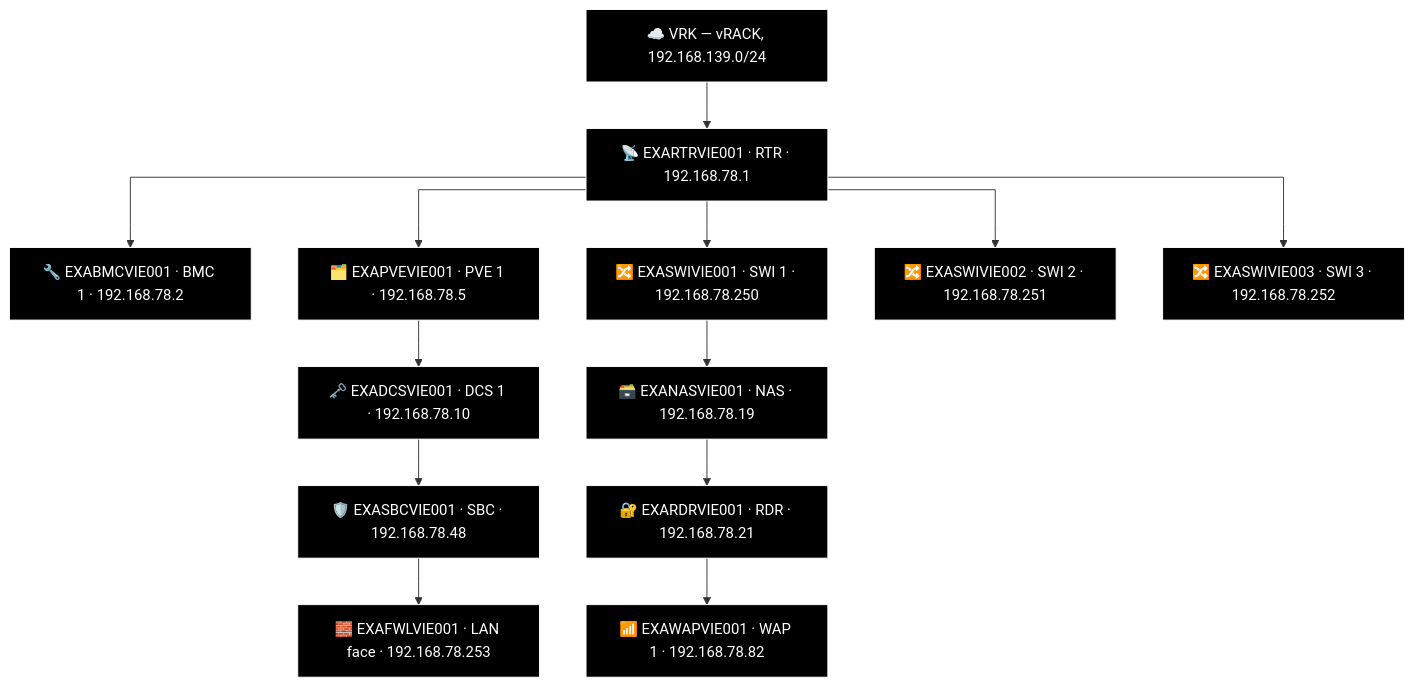
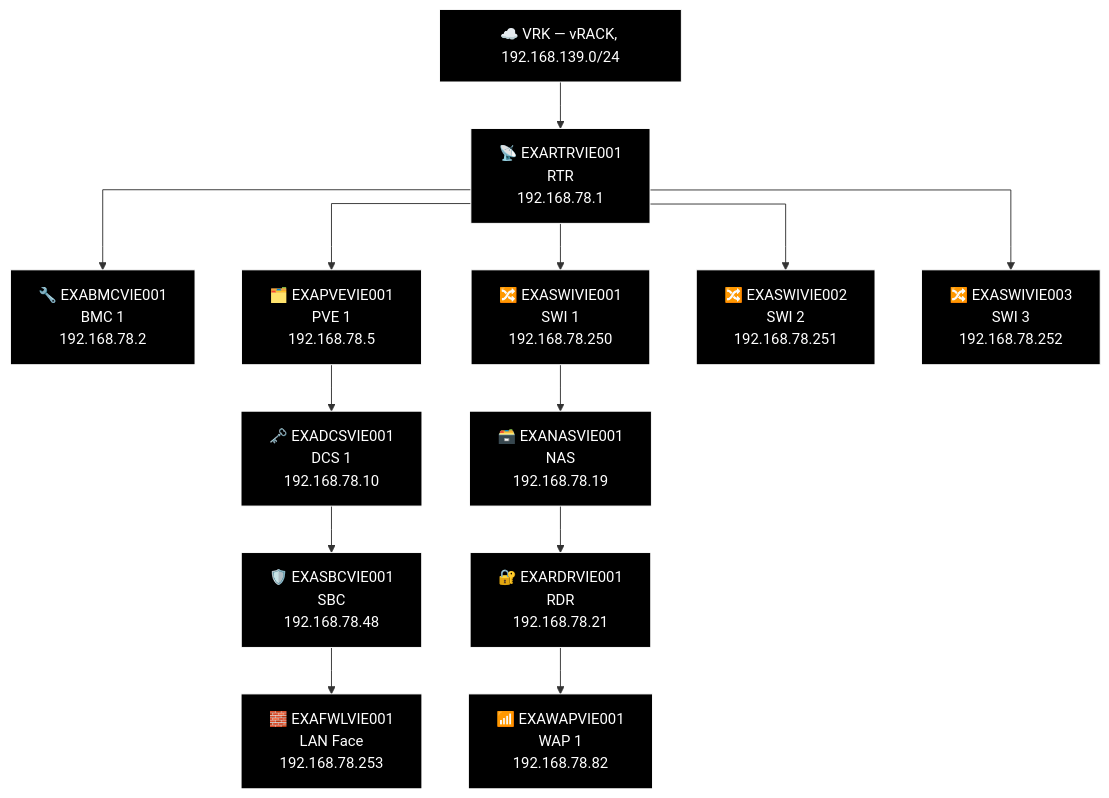
Before and after one commit to knightmare2600/example_music_infra: the second of 2 diagrams in docs/network-diagram/osterreich.md, drawn with Mermaid. The commit also changed 18 other files, not shown here.

````diff
--- a/docs/network-diagram/osterreich.md
+++ b/docs/network-diagram/osterreich.md
@@ -42,40 +42,40 @@
 ```mermaid
 %% GENERATED:TOPOLOGY:VIE:START
 %%{init: {'flowchart': {'curve': 'stepAfter'}}}%%
 graph TD
     T_VRK["☁️ VRK — vRACK, 192.168.139.0/24"]
-    T_RTR["📡 EXARTRVIE001 · RTR · 192.168.78.1"]
+    T_RTR["📡 EXARTRVIE001<br/>RTR<br/>192.168.78.1"]
     T_VRK --> T_RTR
-    T_BMC["🔧 EXABMCVIE001 · BMC 1 · 192.168.78.2"]
+    T_BMC["🔧 EXABMCVIE001<br/>BMC 1<br/>192.168.78.2"]
     T_RTR --> T_BMC
-    T_PVE["🗂️ EXAPVEVIE001 · PVE 1 · 192.168.78.5"]
+    T_PVE["🗂️ EXAPVEVIE001<br/>PVE 1<br/>192.168.78.5"]
     T_RTR --> T_PVE
-    T_SWI["🔀 EXASWIVIE001 · SWI 1 · 192.168.78.250"]
+    T_SWI["🔀 EXASWIVIE001<br/>SWI 1<br/>192.168.78.250"]
     T_RTR --> T_SWI
-    T_SWI2["🔀 EXASWIVIE002 · SWI 2 · 192.168.78.251"]
+    T_SWI2["🔀 EXASWIVIE002<br/>SWI 2<br/>192.168.78.251"]
     T_RTR --> T_SWI2
-    T_SWI3["🔀 EXASWIVIE003 · SWI 3 · 192.168.78.252"]
+    T_SWI3["🔀 EXASWIVIE003<br/>SWI 3<br/>192.168.78.252"]
     T_RTR --> T_SWI3
-    T_NAS["🗃️ EXANASVIE001 · NAS · 192.168.78.19"]
-    T_RDR["🔐 EXARDRVIE001 · RDR · 192.168.78.21"]
-    T_WAP["📶 EXAWAPVIE001 · WAP 1 · 192.168.78.82"]
+    T_NAS["🗃️ EXANASVIE001<br/>NAS<br/>192.168.78.19"]
+    T_RDR["🔐 EXARDRVIE001<br/>RDR<br/>192.168.78.21"]
+    T_WAP["📶 EXAWAPVIE001<br/>WAP 1<br/>192.168.78.82"]
     T_SWI --> T_NAS --> T_RDR --> T_WAP
-    T_DCS["🗝️ EXADCSVIE001 · DCS 1 · 192.168.78.10"]
-    T_SBC["🛡️ EXASBCVIE001 · SBC · 192.168.78.48"]
-    T_FWL["🧱 EXAFWLVIE001 · LAN face · 192.168.78.253"]
+    T_DCS["🗝️ EXADCSVIE001<br/>DCS 1<br/>192.168.78.10"]
+    T_SBC["🛡️ EXASBCVIE001<br/>SBC<br/>192.168.78.48"]
+    T_FWL["🧱 EXAFWLVIE001<br/>LAN Face<br/>192.168.78.253"]
     T_PVE --> T_DCS --> T_SBC --> T_FWL
     style T_VRK fill:#000000,stroke:#FFFFFF,color:#FFFFFF
     style T_RTR fill:#000000,stroke:#FFFFFF,color:#FFFFFF
     style T_BMC fill:#000000,stroke:#FFFFFF,color:#FFFFFF
     style T_PVE fill:#000000,stroke:#FFFFFF,color:#FFFFFF
     style T_SWI fill:#000000,stroke:#FFFFFF,color:#FFFFFF
     style T_SWI2 fill:#000000,stroke:#FFFFFF,color:#FFFFFF
     style T_SWI3 fill:#000000,stroke:#FFFFFF,color:#FFFFFF
     style T_NAS fill:#000000,stroke:#FFFFFF,color:#FFFFFF
     style T_RDR fill:#000000,stroke:#FFFFFF,color:#FFFFFF
     style T_WAP fill:#000000,stroke:#FFFFFF,color:#FFFFFF
     style T_DCS fill:#000000,stroke:#FFFFFF,color:#FFFFFF
     style T_SBC fill:#000000,stroke:#FFFFFF,color:#FFFFFF
     style T_FWL fill:#000000,stroke:#FFFFFF,color:#FFFFFF
 %% GENERATED:TOPOLOGY:VIE:END
 ```
````
